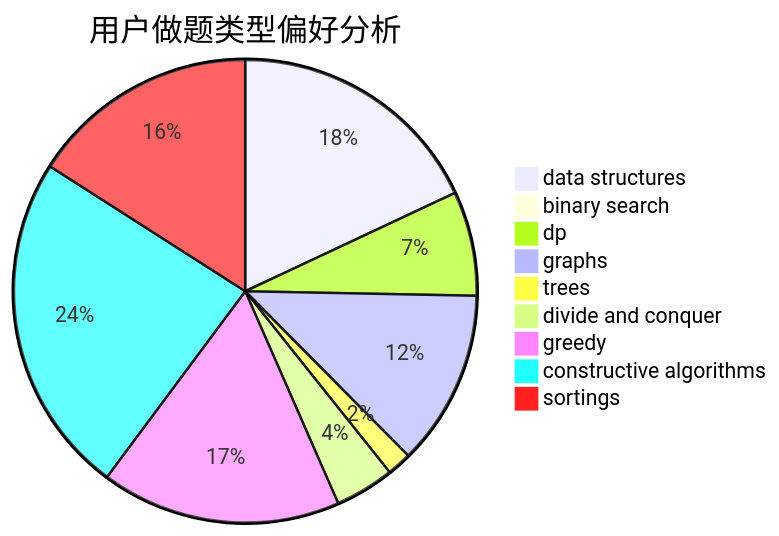
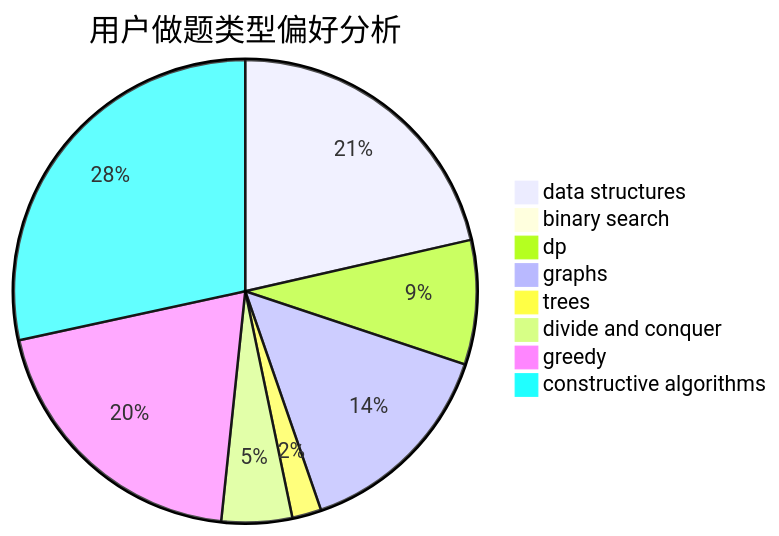
The second of 3 diagrams in docs/user/u340.md (sherpahu/cfrs.github.io), drawn with Mermaid before and after one commit. The commit also changed other lines of this file and 2769 other files, not shown here.

````diff
--- a/docs/user/u340.md
+++ b/docs/user/u340.md
@@ -18,12 +18,11 @@
 ```mermaid
 pie title 用户做题类型偏好分析
     "data structures" :  200
     "binary search" :  8
     "dp" :  81
     "graphs" :  136
     "trees" :  19
     "divide and conquer" :  46
     "greedy" :  186
     "constructive algorithms" :  265
-    "sortings" :  177
 ```
````
